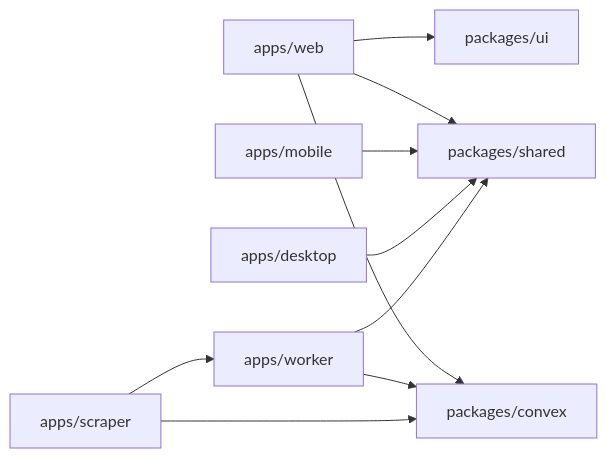
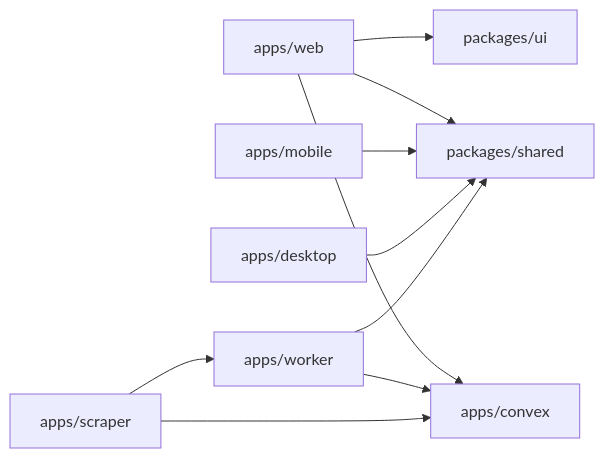
The diagram in README.md (Fractal-Tess/react-monorepo), drawn with Mermaid before and after one commit. The commit also changed other lines of this file and 79 other files, not shown here.

First line of the commit message:
chore: move convex from packages/ to apps/

````diff
--- a/README.md
+++ b/README.md
@@ -29,21 +29,21 @@
 ```mermaid
 flowchart LR
   web[apps/web]
   mobile[apps/mobile]
   desktop[apps/desktop]
   worker[apps/worker]
   scraper[apps/scraper]
-  convex[packages/convex]
+  convex[apps/convex]
   shared[packages/shared]
   ui[packages/ui]
 
   web --> convex
   web --> ui
   web --> shared
   mobile --> shared
   desktop --> shared
   worker --> convex
   worker --> shared
   scraper --> convex
   scraper --> worker
 ```
````
